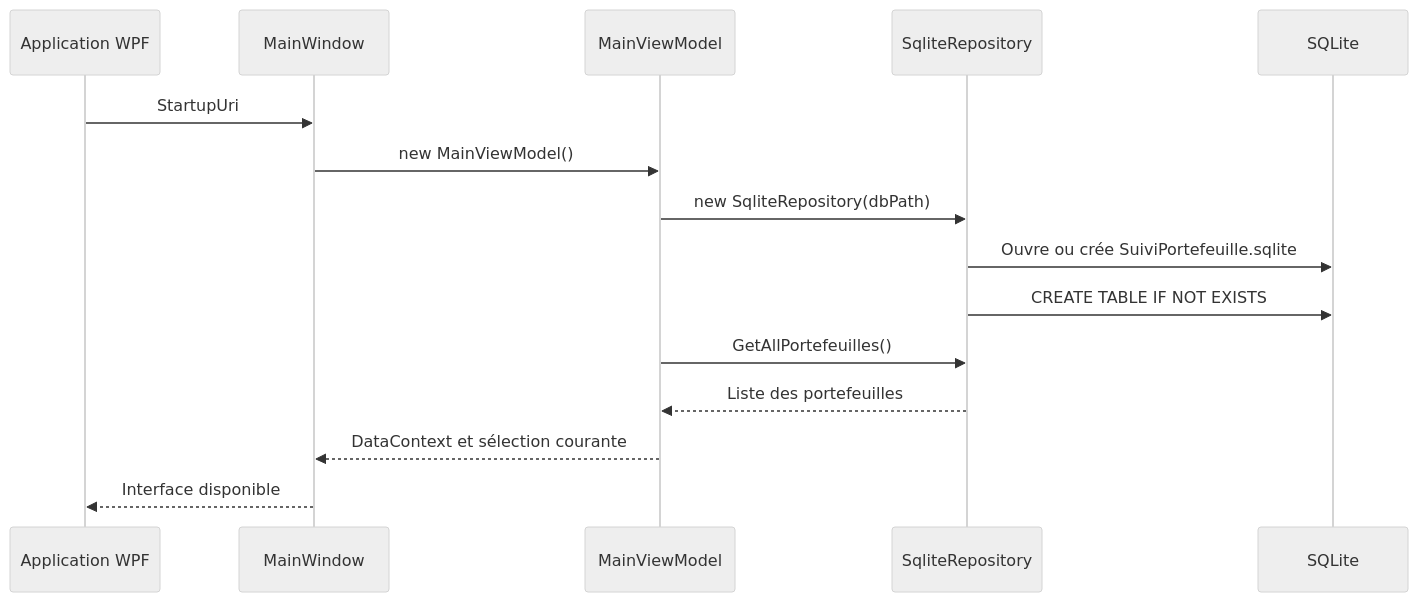
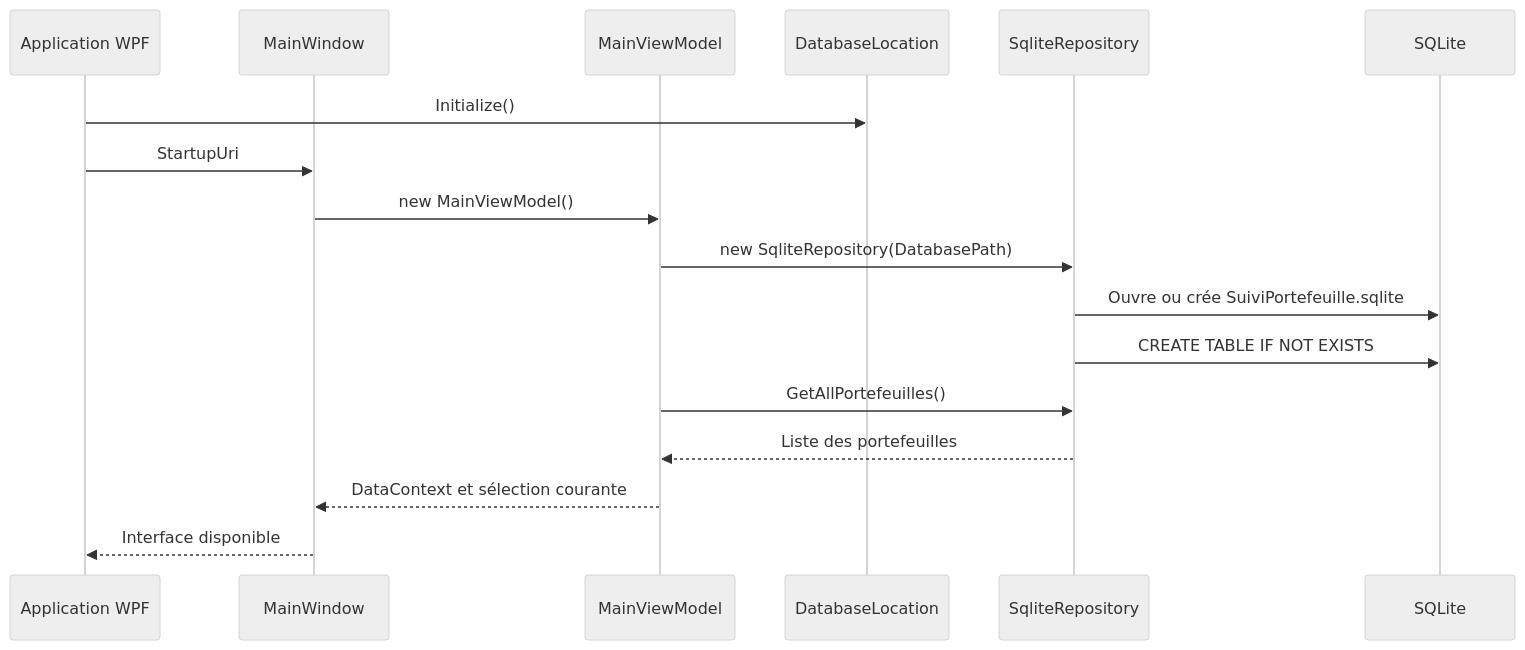
Before and after one commit to yves01250/DevAvecGithub: the sixth of 6 diagrams in Developpemnt/SuiviPortefolio/REVERSE_ENGINEERING.md, drawn with Mermaid (neutral theme). The commit also changed other lines of this file and 39 other files, not shown here.

````diff
--- a/Developpemnt/SuiviPortefolio/REVERSE_ENGINEERING.md
+++ b/Developpemnt/SuiviPortefolio/REVERSE_ENGINEERING.md
@@ -366,18 +491,20 @@
 ```mermaid
 sequenceDiagram
     participant WPF as Application WPF
     participant Main as MainWindow
     participant VM as MainViewModel
+    participant Location as DatabaseLocation
     participant Repo as SqliteRepository
     participant DB as SQLite
 
+    WPF->>Location: Initialize()
     WPF->>Main: StartupUri
     Main->>VM: new MainViewModel()
-    VM->>Repo: new SqliteRepository(dbPath)
+    VM->>Repo: new SqliteRepository(DatabasePath)
     Repo->>DB: Ouvre ou crée SuiviPortefeuille.sqlite
     Repo->>DB: CREATE TABLE IF NOT EXISTS
     VM->>Repo: GetAllPortefeuilles()
     Repo-->>VM: Liste des portefeuilles
     VM-->>Main: DataContext et sélection courante
     Main-->>WPF: Interface disponible
 ```
````
